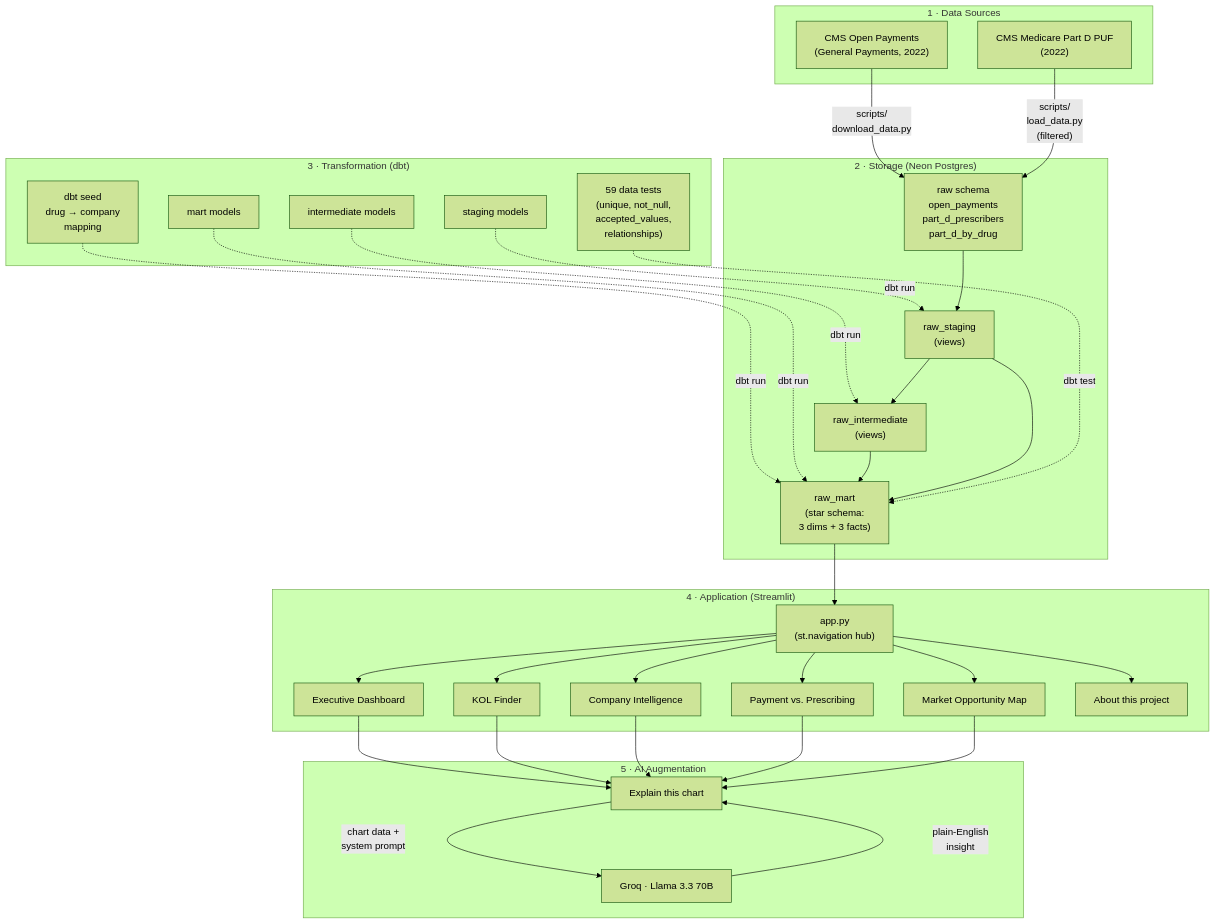
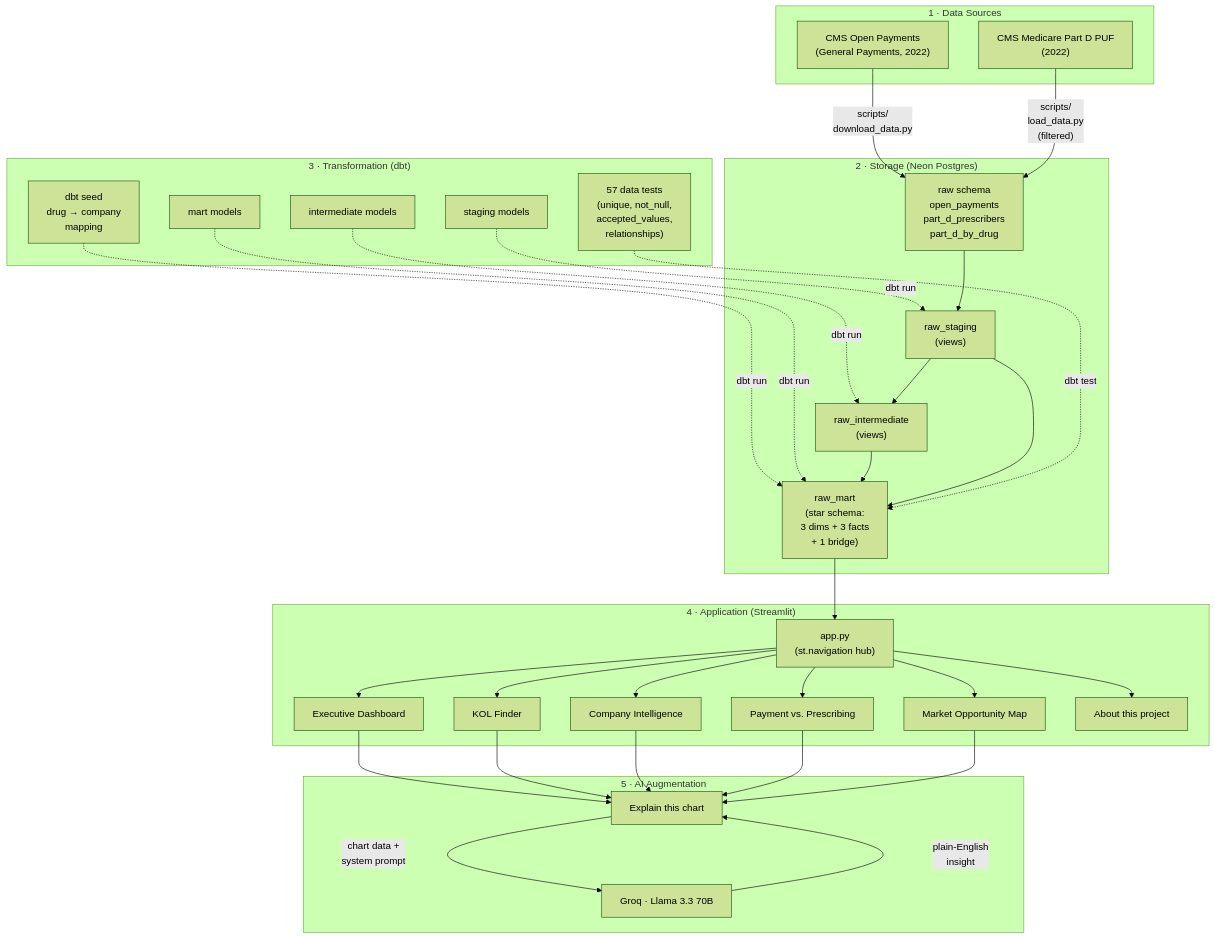
One commit to mateoportillo1900/physician-pharma-analytics changed the first of 5 diagrams in docs/ARCHITECTURE.md. Above: the diagram before and after it, drawn with Mermaid (forest theme). The commit also changed other lines of this file and 6 other files, not shown here.

First line of the commit message:
docs: sync to current model state (13 models, 57 tests, bridge)

````diff
--- a/docs/ARCHITECTURE.md
+++ b/docs/ARCHITECTURE.md
@@ -17,69 +17,69 @@
 ```mermaid
 flowchart TB
     subgraph SRC["1 · Data Sources"]
         OP["CMS Open Payments<br/>(General Payments, 2022)"]
         PD["CMS Medicare Part D PUF<br/>(2022)"]
     end
 
     subgraph STORAGE["2 · Storage  (Neon Postgres)"]
         RAW["raw schema<br/>open_payments<br/>part_d_prescribers<br/>part_d_by_drug"]
         STG["raw_staging<br/>(views)"]
         INT["raw_intermediate<br/>(views)"]
-        MART["raw_mart<br/>(star schema:<br/>3 dims + 3 facts)"]
+        MART["raw_mart<br/>(star schema:<br/>3 dims + 3 facts<br/>+ 1 bridge)"]
     end
 
     subgraph TRANSFORM["3 · Transformation  (dbt)"]
         SEED["dbt seed<br/>drug → company<br/>mapping"]
         STG_M["staging models"]
         INT_M["intermediate models"]
         MART_M["mart models"]
-        TESTS["59 data tests<br/>(unique, not_null,<br/>accepted_values,<br/>relationships)"]
+        TESTS["57 data tests<br/>(unique, not_null,<br/>accepted_values,<br/>relationships)"]
     end
 
     subgraph APP["4 · Application  (Streamlit)"]
         APPPY["app.py<br/>(st.navigation hub)"]
         V1["Executive Dashboard"]
         V2["KOL Finder"]
         V3["Company Intelligence"]
         V4["Payment vs. Prescribing"]
         V5["Market Opportunity Map"]
         V6["About this project"]
     end
 
     subgraph AI["5 · AI Augmentation"]
         BTN["Explain this chart"]
         GROQ["Groq · Llama 3.3 70B"]
     end
 
     OP -->|"scripts/<br/>download_data.py"| RAW
     PD -->|"scripts/<br/>load_data.py<br/>(filtered)"| RAW
 
     SEED -.->|"dbt run"| MART
     STG_M -.->|"dbt run"| STG
     INT_M -.->|"dbt run"| INT
     MART_M -.->|"dbt run"| MART
 
     RAW --> STG
     STG --> INT
     INT --> MART
     STG --> MART
 
     TESTS -.->|"dbt test"| MART
 
     MART --> APPPY
     APPPY --> V1
     APPPY --> V2
     APPPY --> V3
     APPPY --> V4
     APPPY --> V5
     APPPY --> V6
 
     V1 --> BTN
     V2 --> BTN
     V3 --> BTN
     V4 --> BTN
     V5 --> BTN
 
     BTN -->|"chart data +<br/>system prompt"| GROQ
     GROQ -->|"plain-English<br/>insight"| BTN
 ```
````
